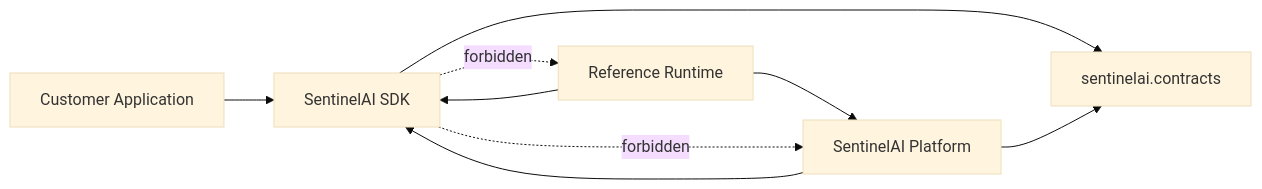
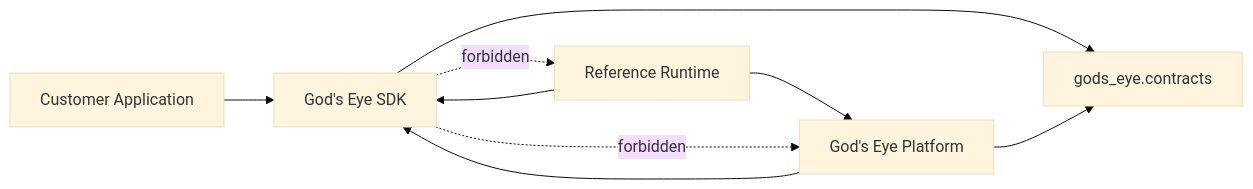
The second of 2 diagrams in GodsEye/docs/architecture.md (Kunal-Vijay/AI-Observablity-Platform), drawn with Mermaid (base theme) before and after one commit. The commit also changed other lines of this file and 127 other files, not shown here.

First line of the commit message:
Refactor and rename project to God's Eye

````diff
--- a/GodsEye/docs/architecture.md
+++ b/GodsEye/docs/architecture.md
@@ -251,18 +251,18 @@
 ```mermaid
 flowchart LR
-  Contracts[sentinelai.contracts]
-  SDK[SentinelAI SDK]
-  Platform[SentinelAI Platform]
+  Contracts[gods_eye.contracts]
+  SDK[God's Eye SDK]
+  Platform[God's Eye Platform]
   Runtime[Reference Runtime]
   Customer[Customer Application]
 
   SDK --> Contracts
   Platform --> SDK
   Platform --> Contracts
   Runtime --> SDK
   Runtime --> Platform
   Customer --> SDK
 
   SDK -. forbidden .-> Platform
   SDK -. forbidden .-> Runtime
 ```
````
